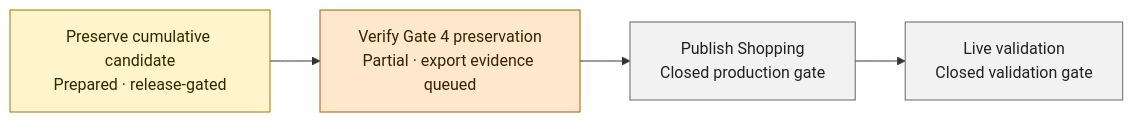
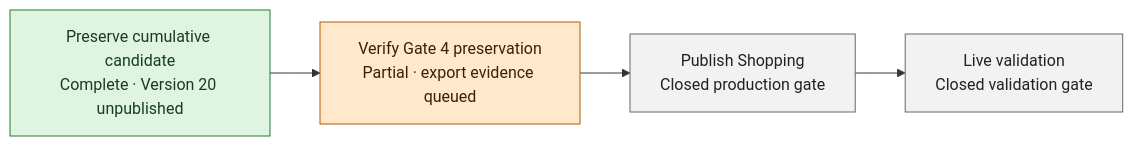
One commit to nguyenk06/book-collection-design changed the diagram in docs/PROJECT_DASHBOARD.md. Above: the diagram before and after it, drawn with Mermaid. The commit also changed other lines of this file and 7 other files, not shown here.

````diff
--- a/docs/PROJECT_DASHBOARD.md
+++ b/docs/PROJECT_DASHBOARD.md
@@ -30,16 +30,16 @@
 ```mermaid
 flowchart LR
-    A["Preserve cumulative candidate<br/>Prepared · release-gated"]
+    A["Preserve cumulative candidate<br/>Complete · Version 20 unpublished"]
     B["Verify Gate 4 preservation<br/>Partial · export evidence queued"]
     C["Publish Shopping<br/>Closed production gate"]
     D["Live validation<br/>Closed validation gate"]
 
     A --> B --> C --> D
 
-    classDef prepared fill:#fff4cc,stroke:#9a7b00,color:#2f2a00
+    classDef complete fill:#dff5e1,stroke:#297a35,color:#173d1e
     classDef partial fill:#ffe8cc,stroke:#b35a00,color:#3a2100
     classDef closed fill:#f2f2f2,stroke:#666,color:#222
-    class A prepared
+    class A complete
     class B partial
     class C,D closed
 ```
````
